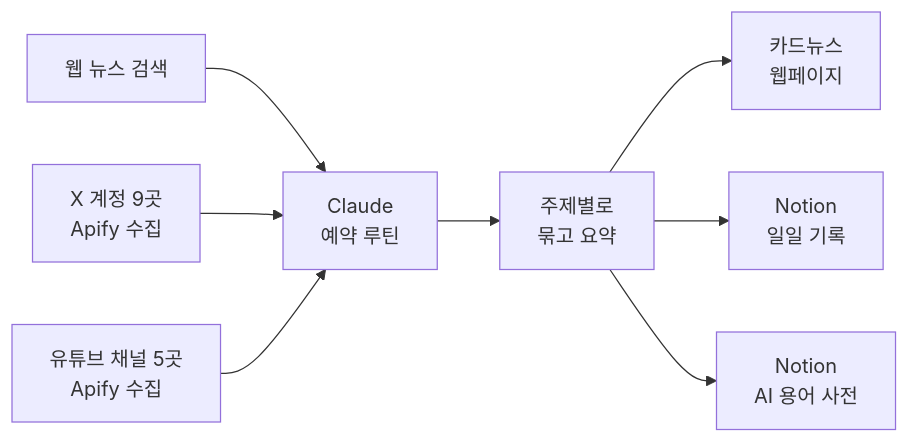
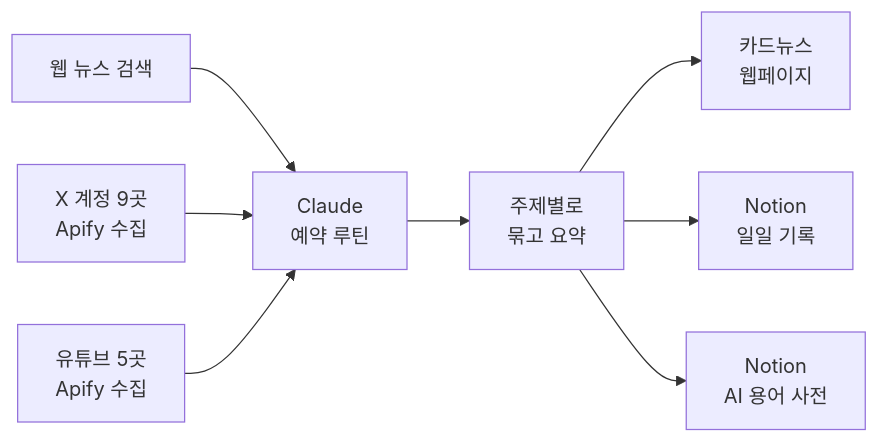
Before and after one commit to mjk022/portfolio: the diagram in 뉴스브리핑자동화/README.md, drawn with Mermaid. The commit also changed 7 other files, not shown here.

Commit message:
README 다이어그램 라벨을 GitHub에서 줄바꿈되지 않는 폭으로 다시 정리

````diff
--- a/뉴스브리핑자동화/README.md
+++ b/뉴스브리핑자동화/README.md
@@ -26,10 +26,10 @@
 ```mermaid
 flowchart LR
     A[웹 뉴스 검색] --> D[Claude<br/>예약 루틴]
     B[X 계정 9곳<br/>Apify 수집] --> D
-    C[유튜브 채널 5곳<br/>Apify 수집] --> D
+    C[유튜브 5곳<br/>Apify 수집] --> D
     D --> E[주제별로<br/>묶고 요약]
     E --> F[카드뉴스<br/>웹페이지]
     E --> G[Notion<br/>일일 기록]
     E --> H[Notion<br/>AI 용어 사전]
 ```
````
